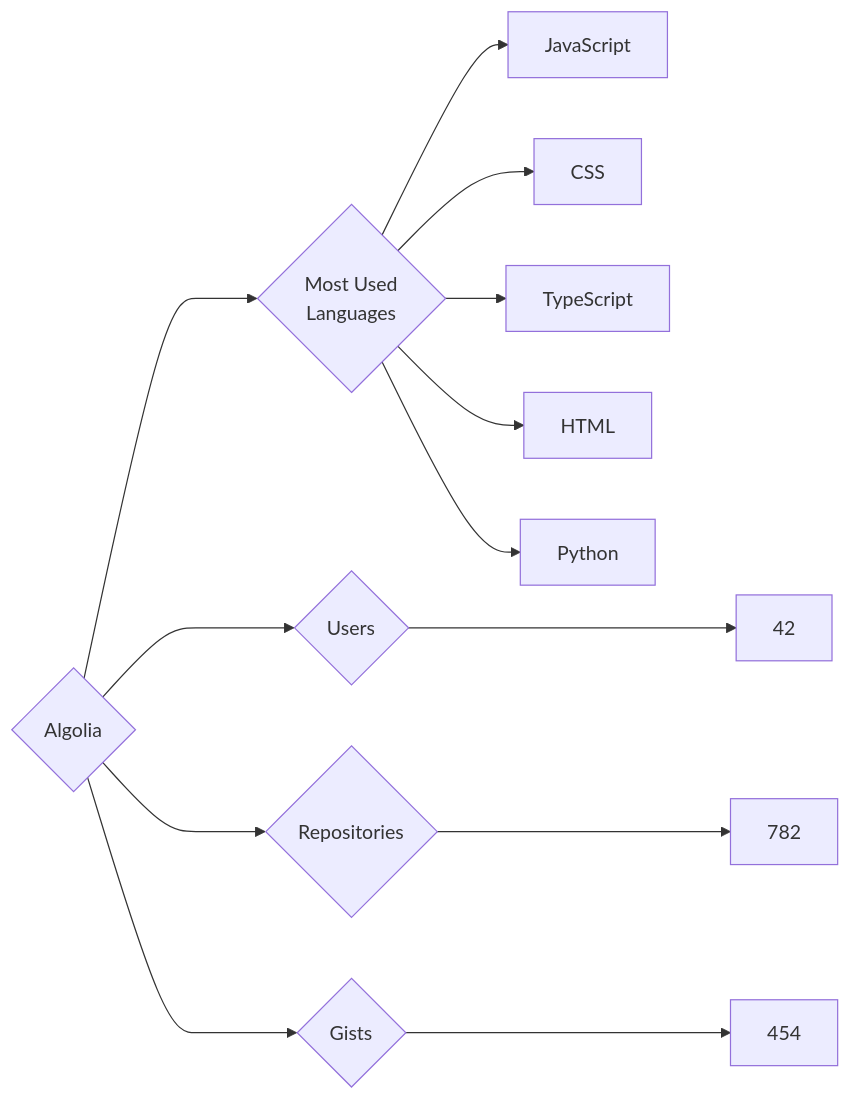
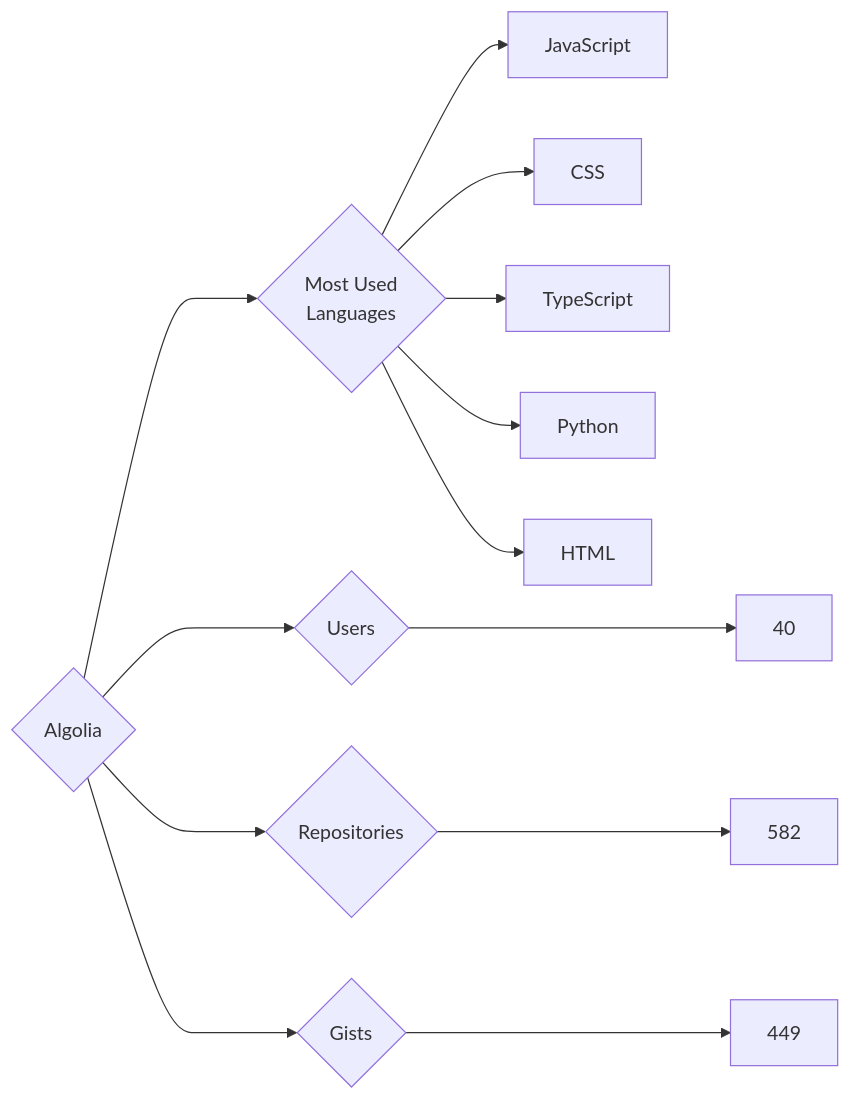
One commit to trickest/insiders changed the diagram in targets/Algolia/README.md. Above: the diagram before and after it, drawn with Mermaid. The commit also changed 679 other files, not shown here.

````diff
--- a/targets/Algolia/README.md
+++ b/targets/Algolia/README.md
@@ -3,13 +3,13 @@
 ```mermaid
 graph LR
 COMPANY_NAME{Algolia}
-COMPANY_NAME ---> U{Users} ---> UN[42]
-COMPANY_NAME ---> R{Repositories} ---> RN[782]
-COMPANY_NAME ---> G{Gists} ---> GN[454]
+COMPANY_NAME ---> U{Users} ---> UN[40]
+COMPANY_NAME ---> R{Repositories} ---> RN[582]
+COMPANY_NAME ---> G{Gists} ---> GN[449]
 COMPANY_NAME ---> ML{Most Used<br>Languages}
 ML --> JavaScript[JavaScript]
 ML --> CSS[CSS]
 ML --> TypeScript[TypeScript]
+ML --> Python[Python]
 ML --> HTML[HTML]
-ML --> Python[Python]
 ```
````
